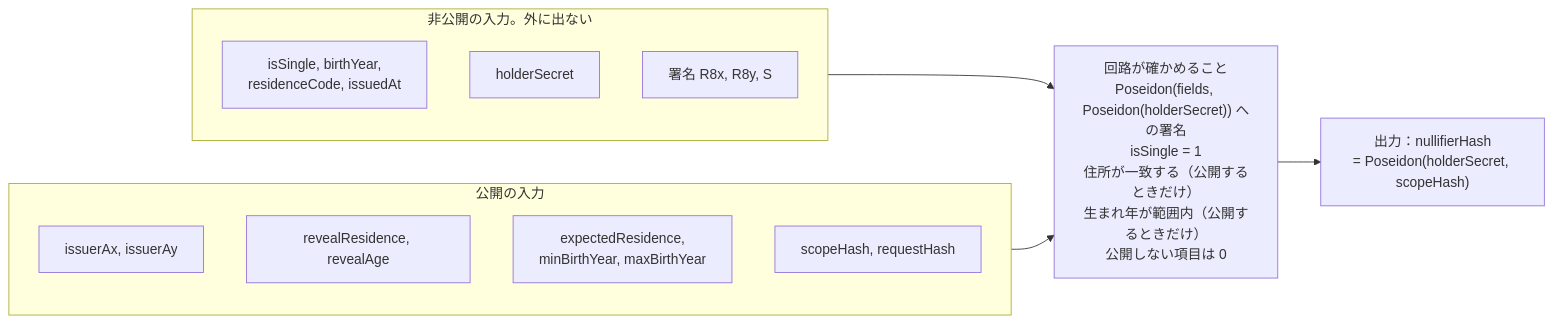
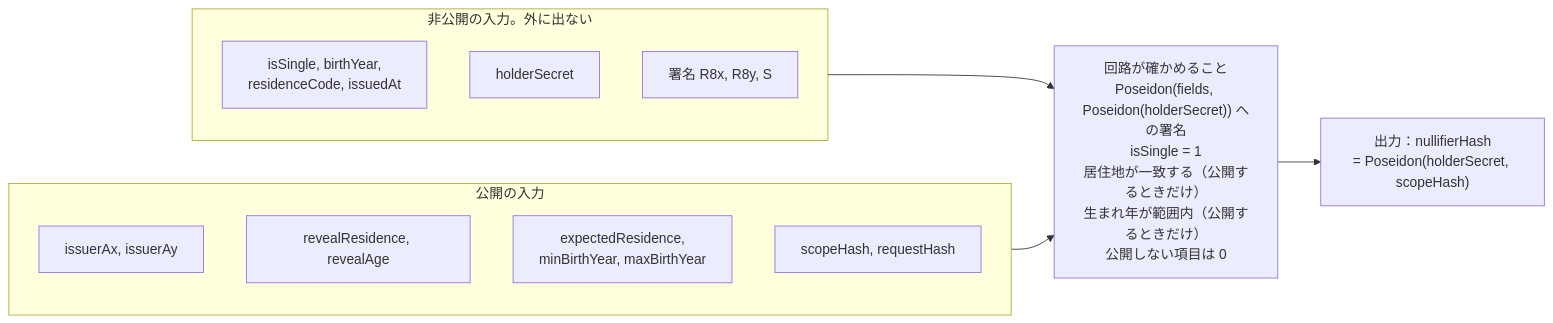
Before and after one commit to CobaltSato/das-busters: the fourth of 5 diagrams in README.ja.md, drawn with Mermaid. The commit also changed other lines of this file and 4 other files, not shown here.

````diff
--- a/README.ja.md
+++ b/README.ja.md
@@ -214,19 +214,19 @@
 ```mermaid
 flowchart LR
   subgraph private["非公開の入力。外に出ない"]
     fields["isSingle, birthYear,<br/>residenceCode, issuedAt"]
     hs["holderSecret"]
     sig["署名 R8x, R8y, S"]
   end
   subgraph public["公開の入力"]
     issuer["issuerAx, issuerAy"]
     flags["revealResidence, revealAge"]
     asks["expectedResidence,<br/>minBirthYear, maxBirthYear"]
     ctx["scopeHash, requestHash"]
   end
-  checks["回路が確かめること<br/>Poseidon(fields, Poseidon(holderSecret)) への署名<br/>isSingle = 1<br/>住所が一致する（公開するときだけ）<br/>生まれ年が範囲内（公開するときだけ）<br/>公開しない項目は 0"]
+  checks["回路が確かめること<br/>Poseidon(fields, Poseidon(holderSecret)) への署名<br/>isSingle = 1<br/>居住地が一致する（公開するときだけ）<br/>生まれ年が範囲内（公開するときだけ）<br/>公開しない項目は 0"]
   out["出力：nullifierHash<br/>= Poseidon(holderSecret, scopeHash)"]
   private --> checks
   public --> checks
   checks --> out
 ```
````
